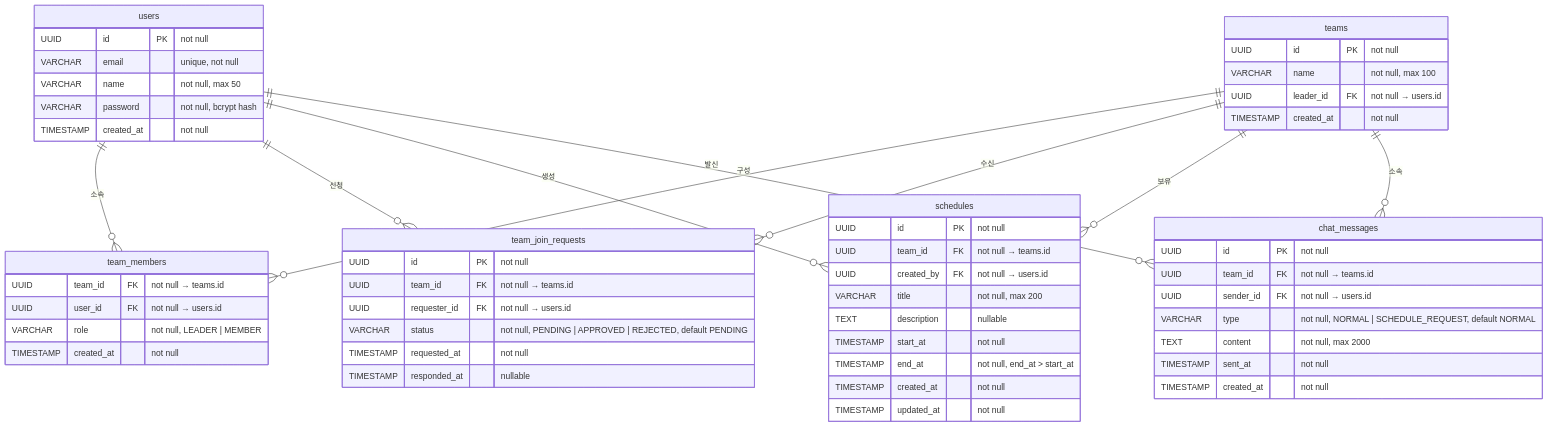
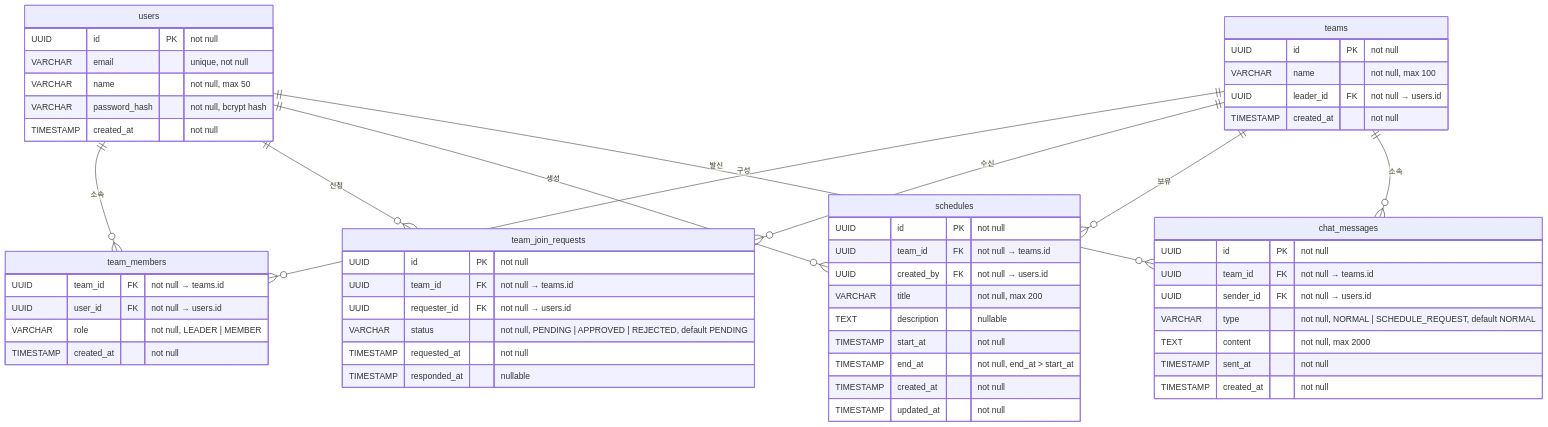
One commit to kreon720-ctrl/team-works changed the diagram in docs/6-erd.md. Above: the diagram before and after it, drawn with Mermaid. The commit also changed other lines of this file and 1 other file, not shown here.

First line of the commit message:
docs: ERD 구현 불일치 수정 및 schema.sql 인덱스 보완

````diff
--- a/docs/6-erd.md
+++ b/docs/6-erd.md
@@ -14,64 +15,64 @@
 ```mermaid
 erDiagram
     users {
         UUID id PK "not null"
         VARCHAR email "unique, not null"
         VARCHAR name "not null, max 50"
-        VARCHAR password "not null, bcrypt hash"
+        VARCHAR password_hash "not null, bcrypt hash"
         TIMESTAMP created_at "not null"
     }
 
     teams {
         UUID id PK "not null"
         VARCHAR name "not null, max 100"
         UUID leader_id FK "not null → users.id"
         TIMESTAMP created_at "not null"
     }
 
     team_members {
         UUID team_id FK "not null → teams.id"
         UUID user_id FK "not null → users.id"
         VARCHAR role "not null, LEADER | MEMBER"
         TIMESTAMP created_at "not null"
     }
 
     team_join_requests {
         UUID id PK "not null"
         UUID team_id FK "not null → teams.id"
         UUID requester_id FK "not null → users.id"
         VARCHAR status "not null, PENDING | APPROVED | REJECTED, default PENDING"
         TIMESTAMP requested_at "not null"
         TIMESTAMP responded_at "nullable"
     }
 
     schedules {
         UUID id PK "not null"
         UUID team_id FK "not null → teams.id"
         UUID created_by FK "not null → users.id"
         VARCHAR title "not null, max 200"
         TEXT description "nullable"
         TIMESTAMP start_at "not null"
         TIMESTAMP end_at "not null, end_at > start_at"
         TIMESTAMP created_at "not null"
         TIMESTAMP updated_at "not null"
     }
 
     chat_messages {
         UUID id PK "not null"
         UUID team_id FK "not null → teams.id"
         UUID sender_id FK "not null → users.id"
         VARCHAR type "not null, NORMAL | SCHEDULE_REQUEST, default NORMAL"
         TEXT content "not null, max 2000"
         TIMESTAMP sent_at "not null"
         TIMESTAMP created_at "not null"
     }
 
     users ||--o{ team_members : "소속"
     teams ||--o{ team_members : "구성"
     users ||--o{ team_join_requests : "신청"
     teams ||--o{ team_join_requests : "수신"
     teams ||--o{ schedules : "보유"
     users ||--o{ schedules : "생성"
     teams ||--o{ chat_messages : "소속"
     users ||--o{ chat_messages : "발신"
 ```
````
